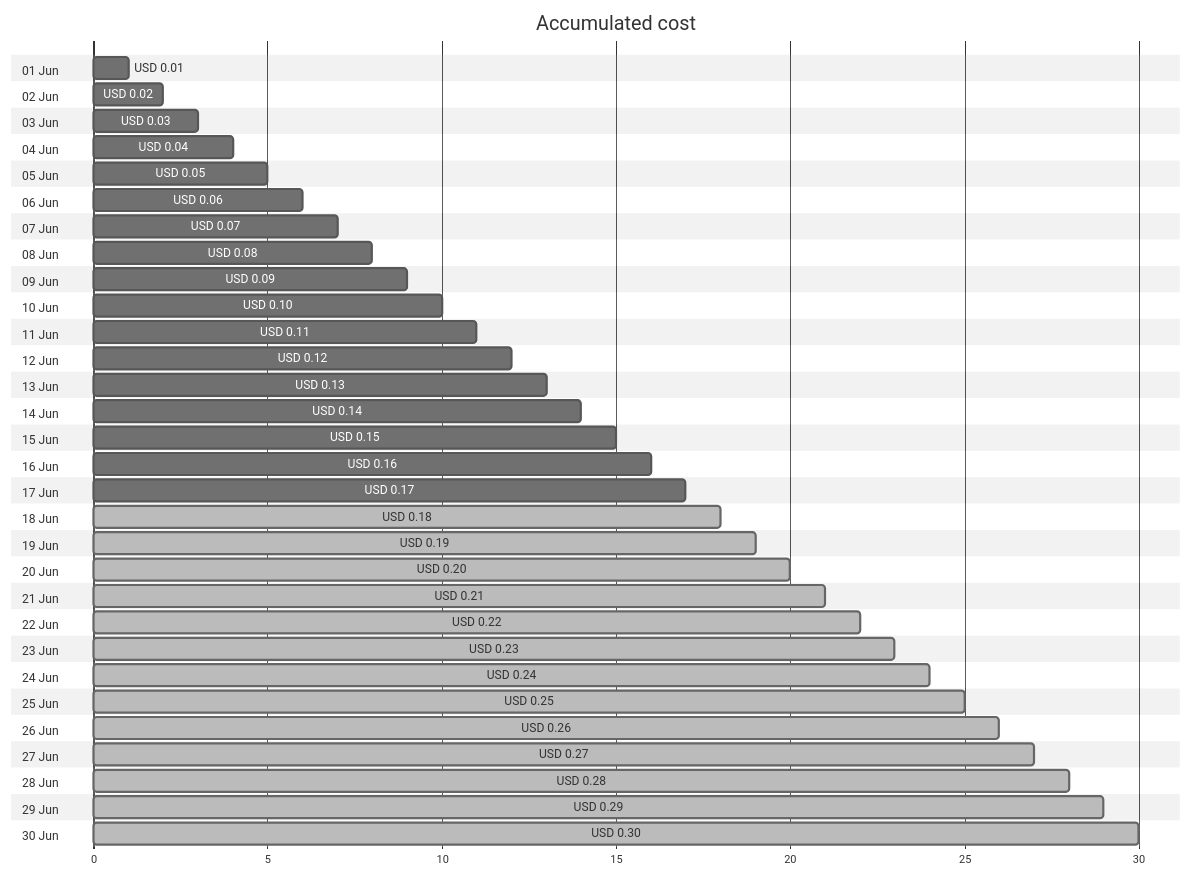
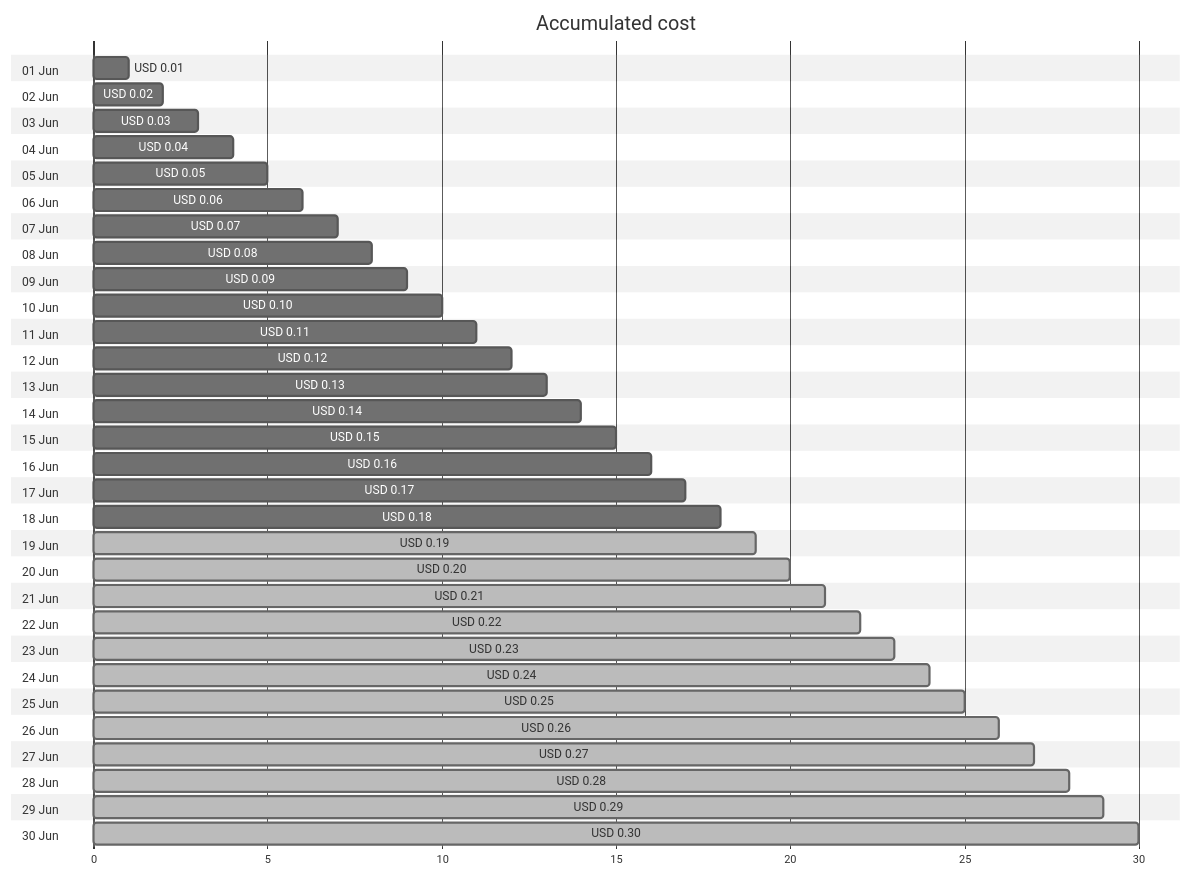
The first of 4 diagrams in cost-reports/cloud-shell-storage-eastus/README.md (jpfulton/azure-personal-reports), drawn with Mermaid (neutral theme) before and after one commit. The commit also changed other lines of this file and 1 other file, not shown here.

````diff
--- a/cost-reports/cloud-shell-storage-eastus/README.md
+++ b/cost-reports/cloud-shell-storage-eastus/README.md
@@ -20,66 +20,66 @@
 ```mermaid
 gantt
    title Accumulated cost
    dateFormat  X
    axisFormat %s
    section 01 Jun
    USD 0.01 :0, 1
    section 02 Jun
    USD 0.02 :0, 2
    section 03 Jun
    USD 0.03 :0, 3
    section 04 Jun
    USD 0.04 :0, 4
    section 05 Jun
    USD 0.05 :0, 5
    section 06 Jun
    USD 0.06 :0, 6
    section 07 Jun
    USD 0.07 :0, 7
    section 08 Jun
    USD 0.08 :0, 8
    section 09 Jun
    USD 0.09 :0, 9
    section 10 Jun
    USD 0.10 :0, 10
    section 11 Jun
    USD 0.11 :0, 11
    section 12 Jun
    USD 0.12 :0, 12
    section 13 Jun
    USD 0.13 :0, 13
    section 14 Jun
    USD 0.14 :0, 14
    section 15 Jun
    USD 0.15 :0, 15
    section 16 Jun
    USD 0.16 :0, 16
    section 17 Jun
    USD 0.17 :0, 17
    section 18 Jun
-   USD 0.18 : done, 0, 18
+   USD 0.18 :0, 18
    section 19 Jun
    USD 0.19 : done, 0, 19
    section 20 Jun
    USD 0.20 : done, 0, 20
    section 21 Jun
    USD 0.21 : done, 0, 21
    section 22 Jun
    USD 0.22 : done, 0, 22
    section 23 Jun
    USD 0.23 : done, 0, 23
    section 24 Jun
    USD 0.24 : done, 0, 24
    section 25 Jun
    USD 0.25 : done, 0, 25
    section 26 Jun
    USD 0.26 : done, 0, 26
    section 27 Jun
    USD 0.27 : done, 0, 27
    section 28 Jun
    USD 0.28 : done, 0, 28
    section 29 Jun
    USD 0.29 : done, 0, 29
    section 30 Jun
    USD 0.30 : done, 0, 30
 ```
````
